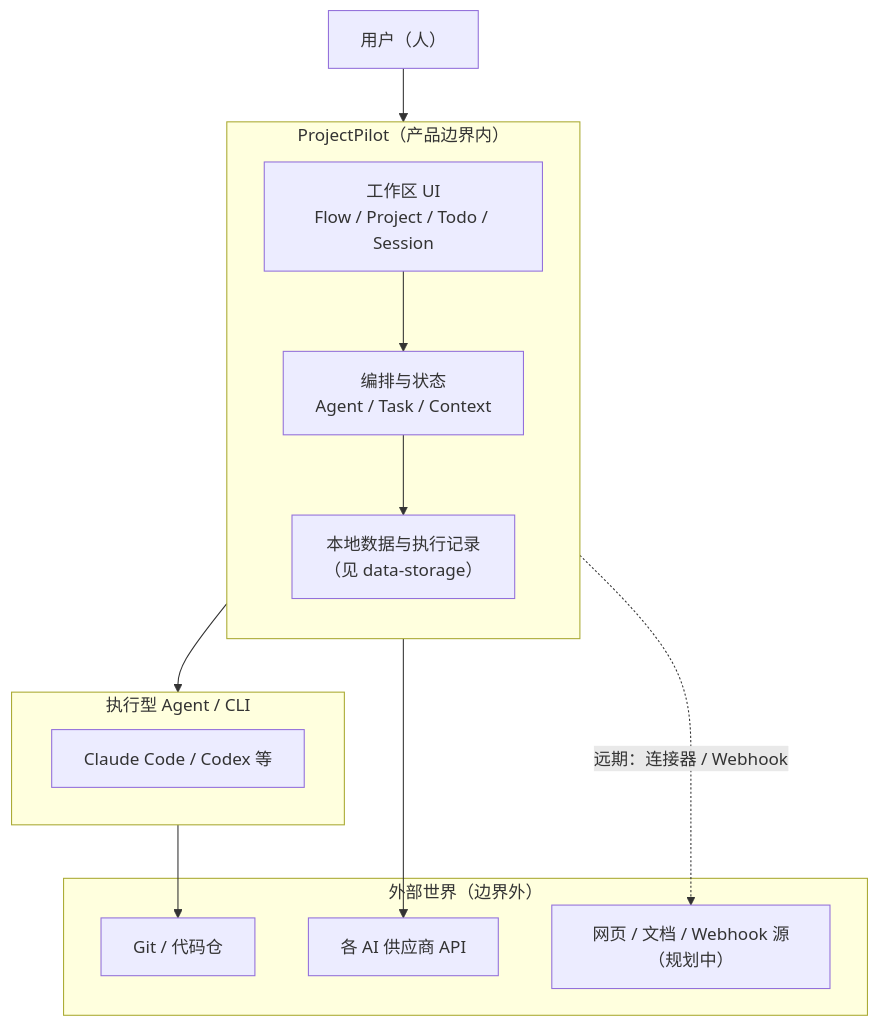
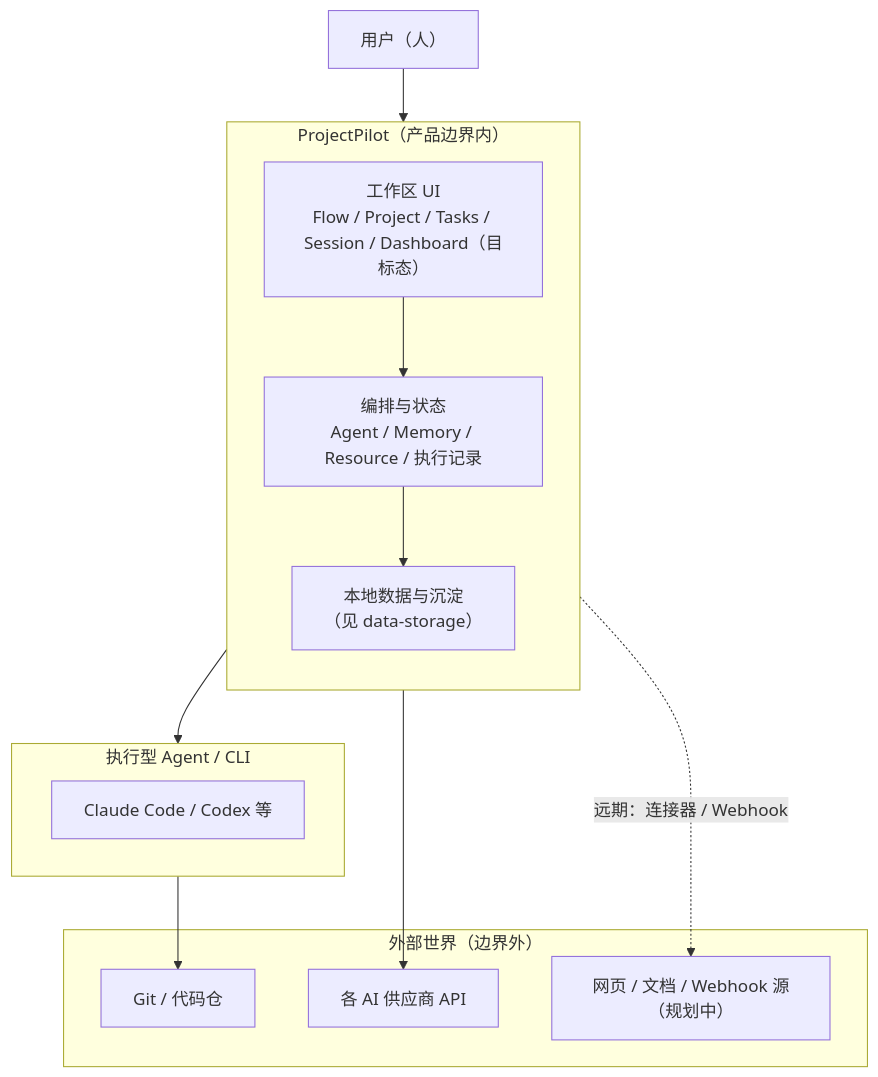
One commit to Kaine665/Project-Pilot changed the first of 2 diagrams in docs/design/product-boundary.md. Above: the diagram before and after it, drawn with Mermaid. The commit also changed other lines of this file and 10 other files, not shown here.

````diff
--- a/docs/design/product-boundary.md
+++ b/docs/design/product-boundary.md
@@ -13,26 +17,26 @@
 ```mermaid
 flowchart TB
   subgraph PP["ProjectPilot（产品边界内）"]
     direction TB
-    UI["工作区 UI\nFlow / Project / Todo / Session"]
-    ORCH["编排与状态\nAgent / Task / Context"]
-    STORE["本地数据与执行记录\n（见 data-storage）"]
+    UI["工作区 UI\nFlow / Project / Tasks / Session / Dashboard（目标态）"]
+    ORCH["编排与状态\nAgent / Memory / Resource / 执行记录"]
+    STORE["本地数据与沉淀\n（见 data-storage）"]
     UI --> ORCH --> STORE
   end
 
   Human["用户（人）"]
   subgraph Agents["执行型 Agent / CLI"]
     AC["Claude Code / Codex 等"]
   end
   subgraph Ext["外部世界（边界外）"]
     REPO["Git / 代码仓"]
     APIs["各 AI 供应商 API"]
     WEB["网页 / 文档 / Webhook 源（规划中）"]
   end
 
   Human --> UI
   ORCH --> Agents
   Agents --> REPO
   ORCH --> APIs
   ORCH -.->|"远期：连接器 / Webhook"| WEB
 ```
````
